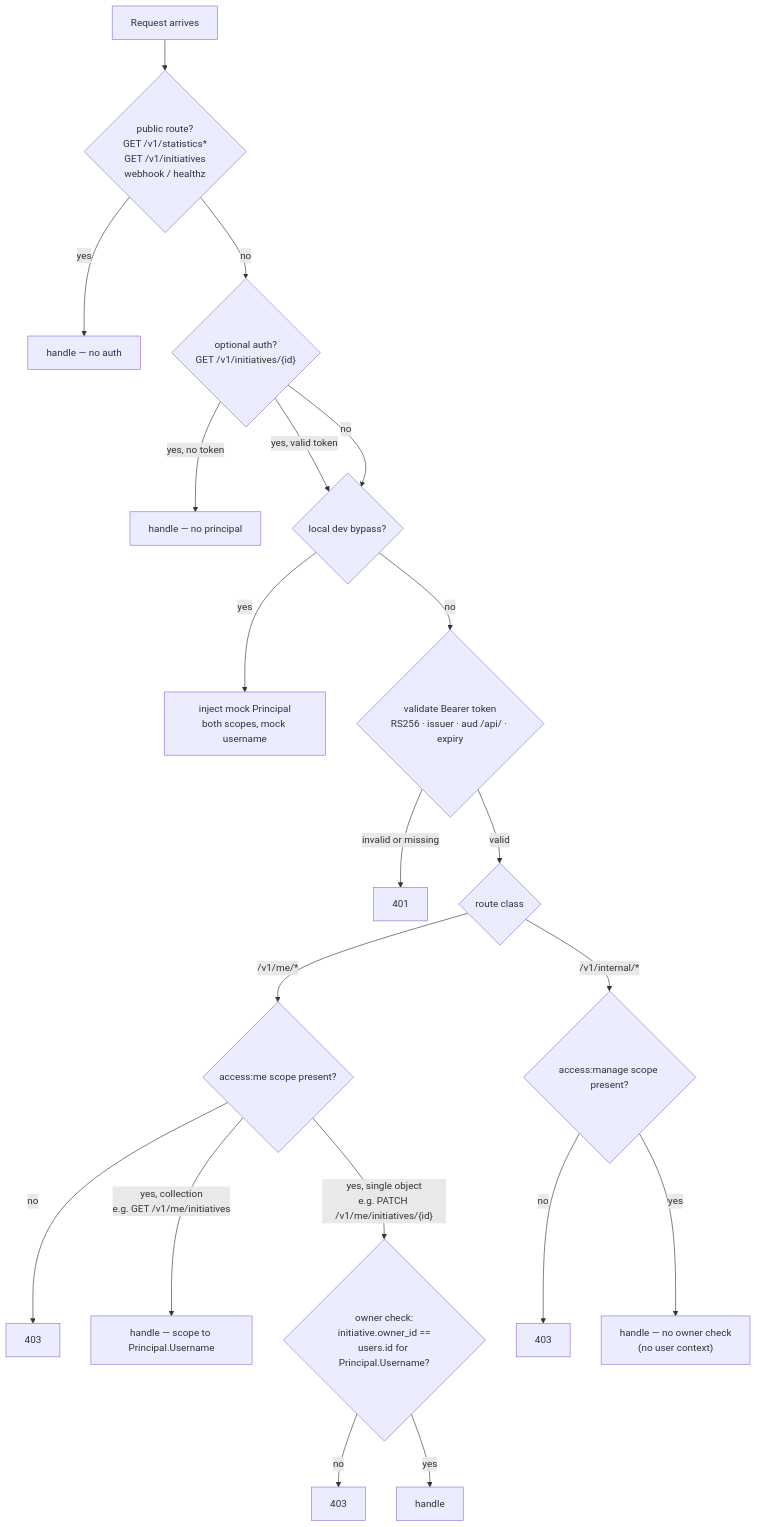
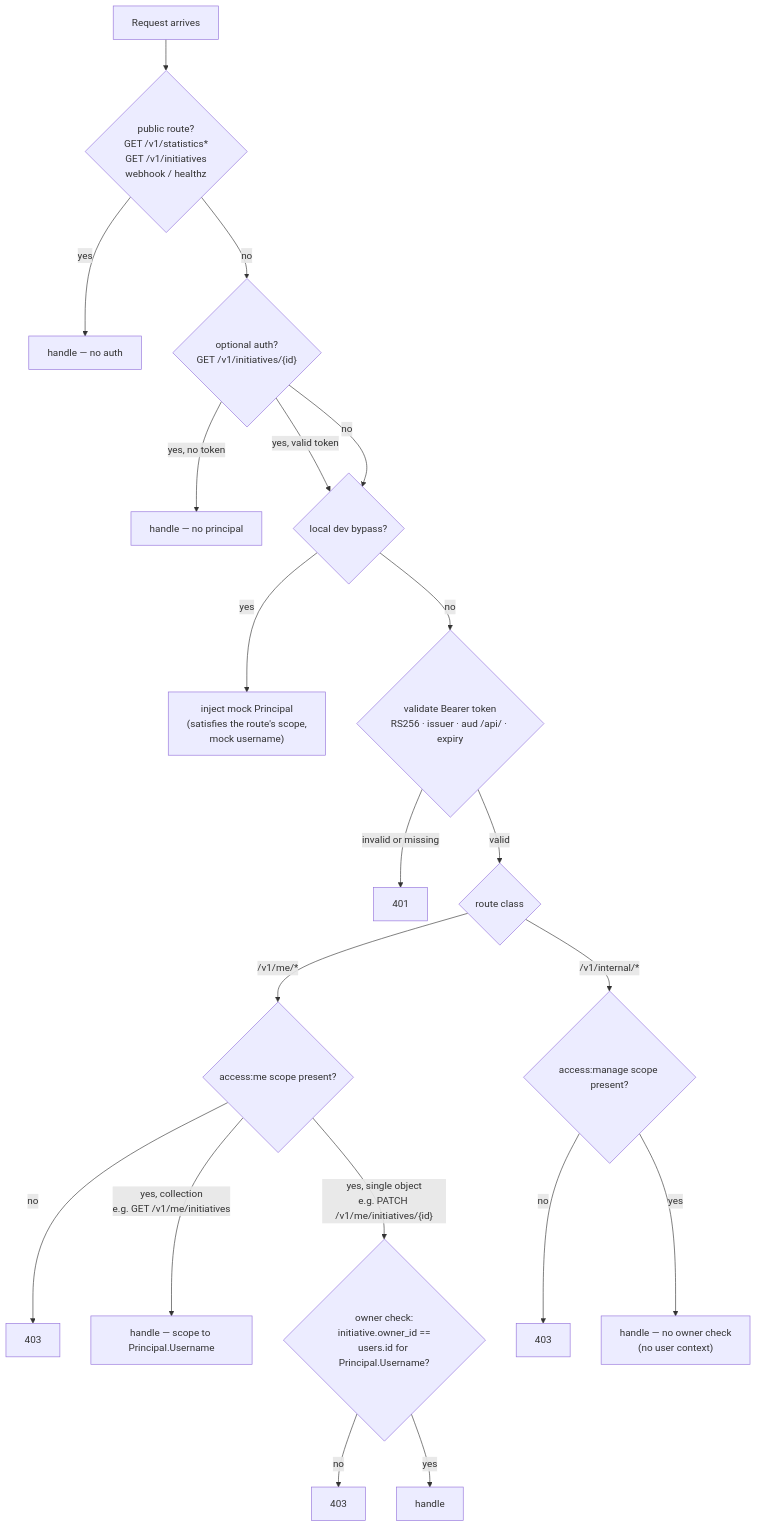
One commit to linuxfoundation/lfx-crowdfunding changed the eighth of 8 diagrams in backend/docs/rewrite/09-authentication-architecture.md. Above: the diagram before and after it, drawn with Mermaid. The commit also changed other lines of this file, not shown here.

````diff
--- a/backend/docs/rewrite/09-authentication-architecture.md
+++ b/backend/docs/rewrite/09-authentication-architecture.md
@@ -286,26 +278,26 @@
 ```mermaid
 flowchart TD
     A[Request arrives] --> B{"public route?<br/>GET /v1/statistics*<br/>GET /v1/initiatives<br/>webhook / healthz"}
     B -- yes --> PUB["handle — no auth"]
     B -- no --> C{"optional auth?<br/>GET /v1/initiatives/{id}"}
     C -- "yes, no token" --> OPT["handle — no principal"]
     C -- "yes, valid token" --> D
     C -- no --> D
 
     D{"local dev bypass?"}
-    D -- yes --> E["inject mock Principal<br/>both scopes, mock username"]
+    D -- yes --> E["inject mock Principal<br/>(satisfies the route's scope,<br/>mock username)"]
     D -- no --> F{"validate Bearer token<br/>RS256 · issuer · aud /api/ · expiry"}
     F -- "invalid or missing" --> G[401]
     F -- valid --> H{"route class"}
 
     H -- "/v1/me/*" --> I{"access:me scope present?"}
     I -- no --> J[403]
     I -- "yes, collection<br/>e.g. GET /v1/me/initiatives" --> K["handle — scope to Principal.Username"]
     I -- "yes, single object<br/>e.g. PATCH /v1/me/initiatives/{id}" --> L{"owner check:<br/>initiative.owner_id ==<br/>users.id for Principal.Username?"}
     L -- no --> M[403]
     L -- yes --> N[handle]
 
     H -- "/v1/internal/*" --> O{"access:manage scope present?"}
     O -- no --> P[403]
     O -- yes --> Q["handle — no owner check<br/>(no user context)"]
 ```
````
